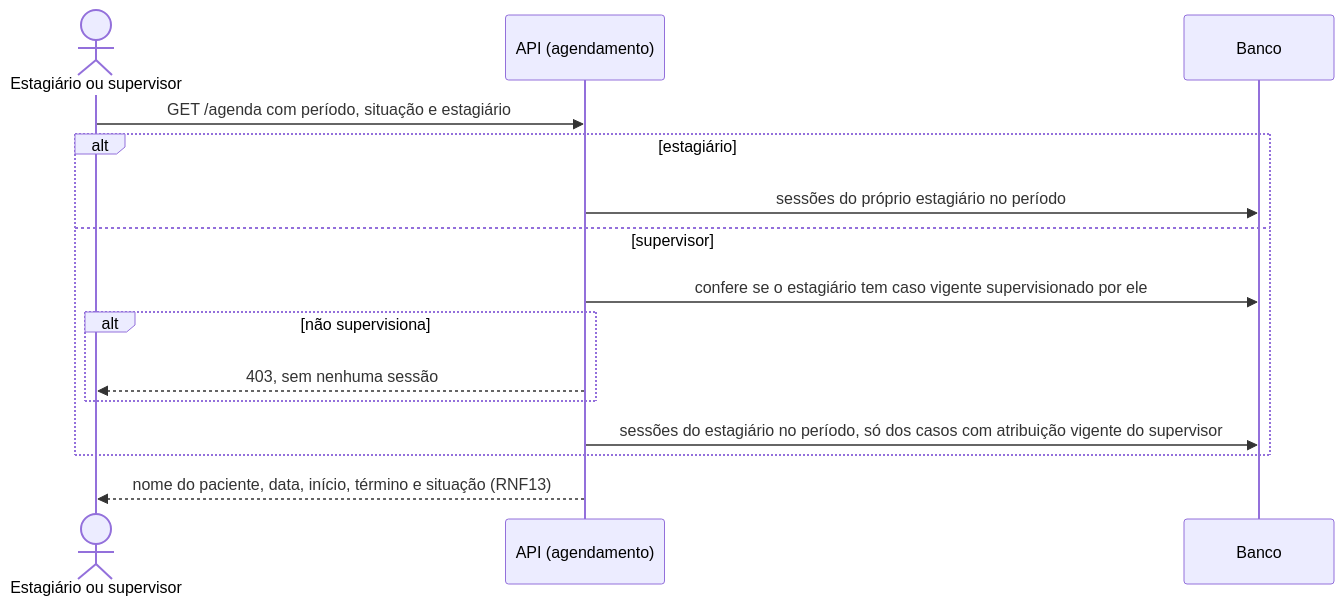
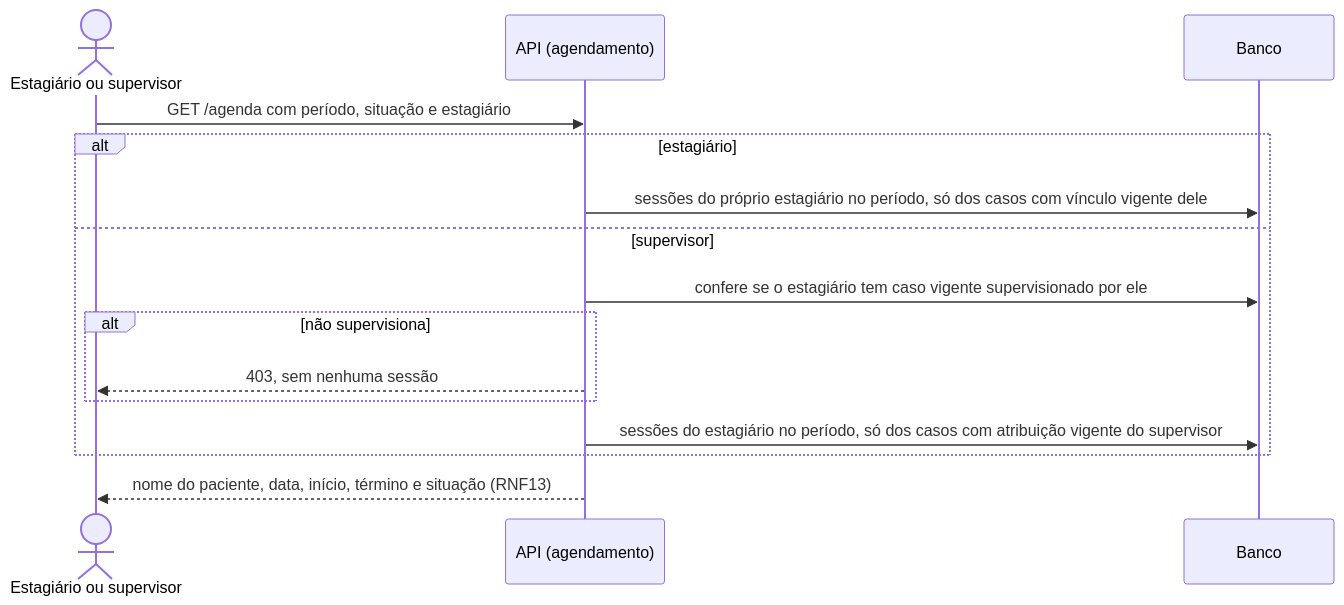
One commit to mdsreq-fga-unb/REQ-2026.2-T02-ClinicaEscolaFBr changed the eighth of 24 diagrams in documentacao/docs/unidade-3/projeto-features-ciclo-4.md. Above: the diagram before and after it, drawn with Mermaid. The commit also changed other lines of this file and 3 other files, not shown here.

First line of the commit message:
fix: agenda do estagiário mostra só os casos com vínculo vigente (RF11, RNF16)

````diff
--- a/documentacao/docs/unidade-3/projeto-features-ciclo-4.md
+++ b/documentacao/docs/unidade-3/projeto-features-ciclo-4.md
@@ -386,17 +386,17 @@
 ```mermaid
 sequenceDiagram
     actor U as Estagiário ou supervisor
     participant A as API (agendamento)
     participant DB as Banco
     U->>A: GET /agenda com período, situação e estagiário
     alt estagiário
-        A->>DB: sessões do próprio estagiário no período
+        A->>DB: sessões do próprio estagiário no período, só dos casos com vínculo vigente dele
     else supervisor
         A->>DB: confere se o estagiário tem caso vigente supervisionado por ele
         alt não supervisiona
             A-->>U: 403, sem nenhuma sessão
         end
         A->>DB: sessões do estagiário no período, só dos casos com atribuição vigente do supervisor
     end
     A-->>U: nome do paciente, data, início, término e situação (RNF13)
 ```
````
